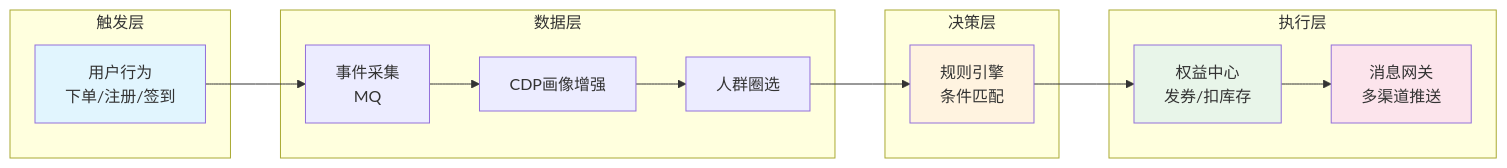
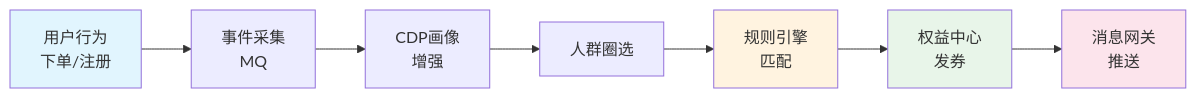
The first of 7 diagrams in system_design/marketing/marketing_system.md (zhangqian-silk/cs-note), drawn with Mermaid before and after one commit. The commit also changed other lines of this file, not shown here.

Commit message:
docs: 优化 Mermaid 图表布局，移除 subgraph 嵌套

````diff
--- a/system_design/marketing/marketing_system.md
+++ b/system_design/marketing/marketing_system.md
@@ -284,28 +284,14 @@
 ```mermaid
 flowchart LR
-    subgraph 触发层
-        A[用户行为<br/>下单/注册/签到]
-    end
-    
-    subgraph 数据层
-        B[事件采集<br/>MQ]
-        C[CDP画像增强]
-        D[人群圈选]
-    end
-    
-    subgraph 决策层
-        E[规则引擎<br/>条件匹配]
-    end
-    
-    subgraph 执行层
-        F[权益中心<br/>发券/扣库存]
-        G[消息网关<br/>多渠道推送]
-    end
-    
-    A --> B --> C --> D --> E --> F --> G
+    A[用户行为<br/>下单/注册] --> B[事件采集<br/>MQ]
+    B --> C[CDP画像<br/>增强]
+    C --> D[人群圈选]
+    D --> E[规则引擎<br/>匹配]
+    E --> F[权益中心<br/>发券]
+    F --> G[消息网关<br/>推送]
     
     style A fill:#e1f5fe
     style E fill:#fff3e0
     style F fill:#e8f5e9
     style G fill:#fce4ec
 ```
````
